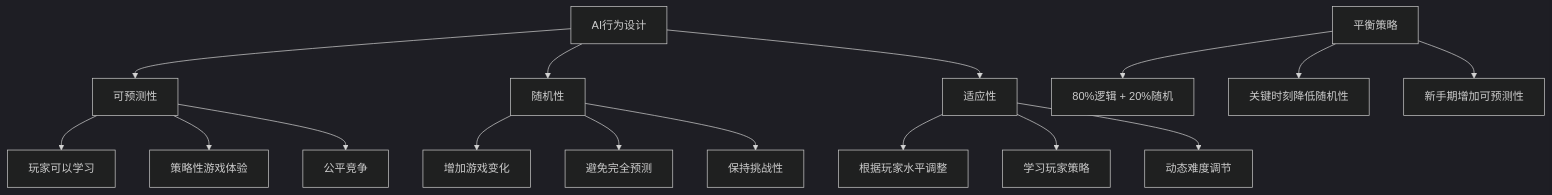
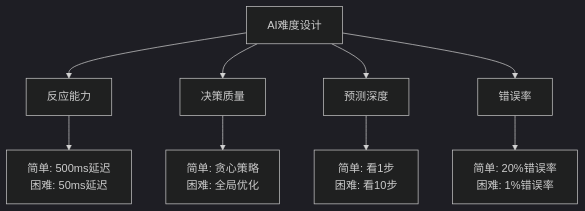
One commit to youjing-mz/snake changed the ninth of 10 diagrams in 课时3-游戏AI与智能化/README.md. Above: the diagram before and after it, drawn with Mermaid (dark theme). The commit also changed other lines of this file and 8 other files, not shown here.

````diff
--- a/课时3-游戏AI与智能化/README.md
+++ b/课时3-游戏AI与智能化/README.md
@@ -192,22 +204,12 @@
 ```mermaid
 graph TD
-    A[AI行为设计] --> B[可预测性]
-    A --> C[随机性]
-    A --> D[适应性]
+    A[AI难度设计] --> B[反应能力]
+    A --> C[决策质量]
+    A --> D[预测深度]
+    A --> E[错误率]
     
-    B --> B1[玩家可以学习]
-    B --> B2[策略性游戏体验]
-    B --> B3[公平竞争]
-    
-    C --> C1[增加游戏变化]
-    C --> C2[避免完全预测]
-    C --> C3[保持挑战性]
-    
-    D --> D1[根据玩家水平调整]
-    D --> D2[学习玩家策略]
-    D --> D3[动态难度调节]
-    
-    E[平衡策略] --> F[80%逻辑 + 20%随机]
-    E --> G[关键时刻降低随机性]
-    E --> H[新手期增加可预测性]
+    B --> B1[简单: 500ms延迟<br/>困难: 50ms延迟]
+    C --> C1[简单: 贪心策略<br/>困难: 全局优化]
+    D --> D1[简单: 看1步<br/>困难: 看10步]
+    E --> E1[简单: 20%错误率<br/>困难: 1%错误率]
 ```
````
